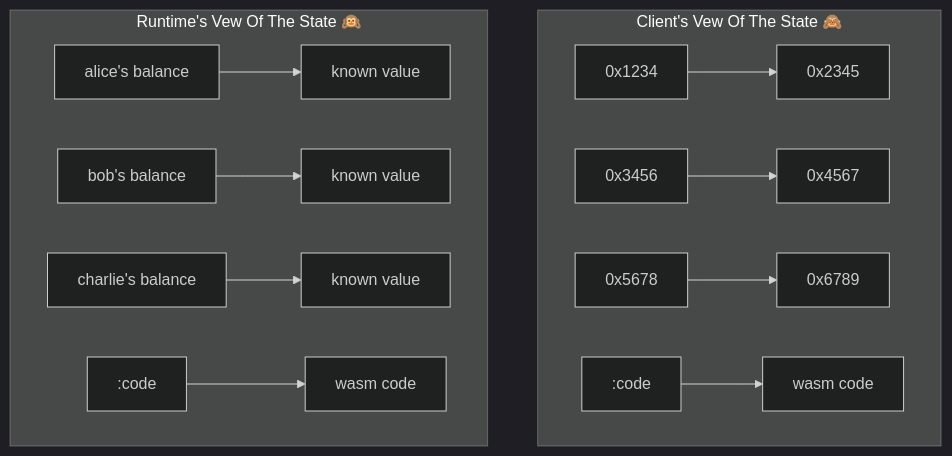
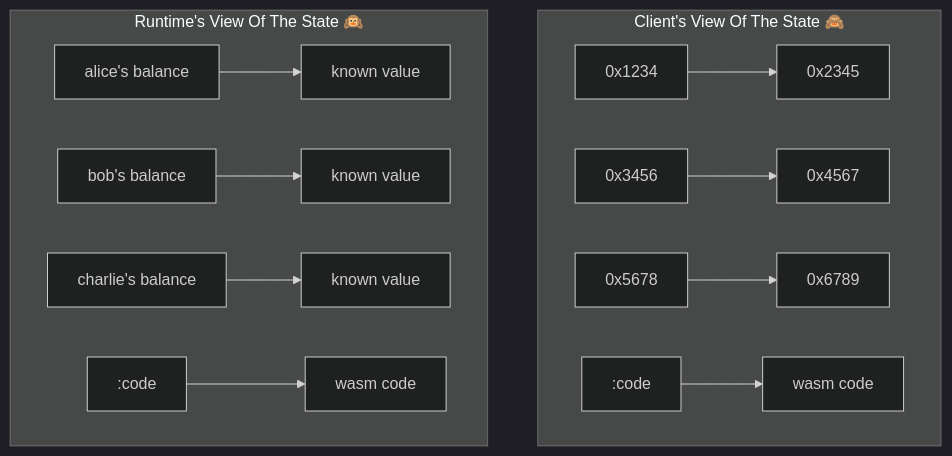
One commit to paritytech/polkadot-sdk changed the diagram in docs/mermaid/state.mmd. Above: the diagram before and after it, drawn with Mermaid (dark theme). The commit also changed 6 other files, not shown here.

```diff
--- a/docs/mermaid/state.mmd
+++ b/docs/mermaid/state.mmd
@@ -1,16 +1,16 @@
 flowchart TB
-    subgraph Client[Client's Vew Of The State 🙈]
+    subgraph Client[Client's View Of The State 🙈]
         direction LR
         0x1234 --> 0x2345
         0x3456 --> 0x4567
         0x5678 --> 0x6789
         :code --> code[wasm code]
     end
 
-    subgraph Runtime[Runtime's Vew Of The State 🙉]
+    subgraph Runtime[Runtime's View Of The State 🙉]
         direction LR
         ab[alice's balance] --> abv[known value]
         bb[bob's balance] --> bbv[known value]
         cb[charlie's balance] --> cbv[known value]
         c2[:code] --> c22[wasm code]
     end
```
